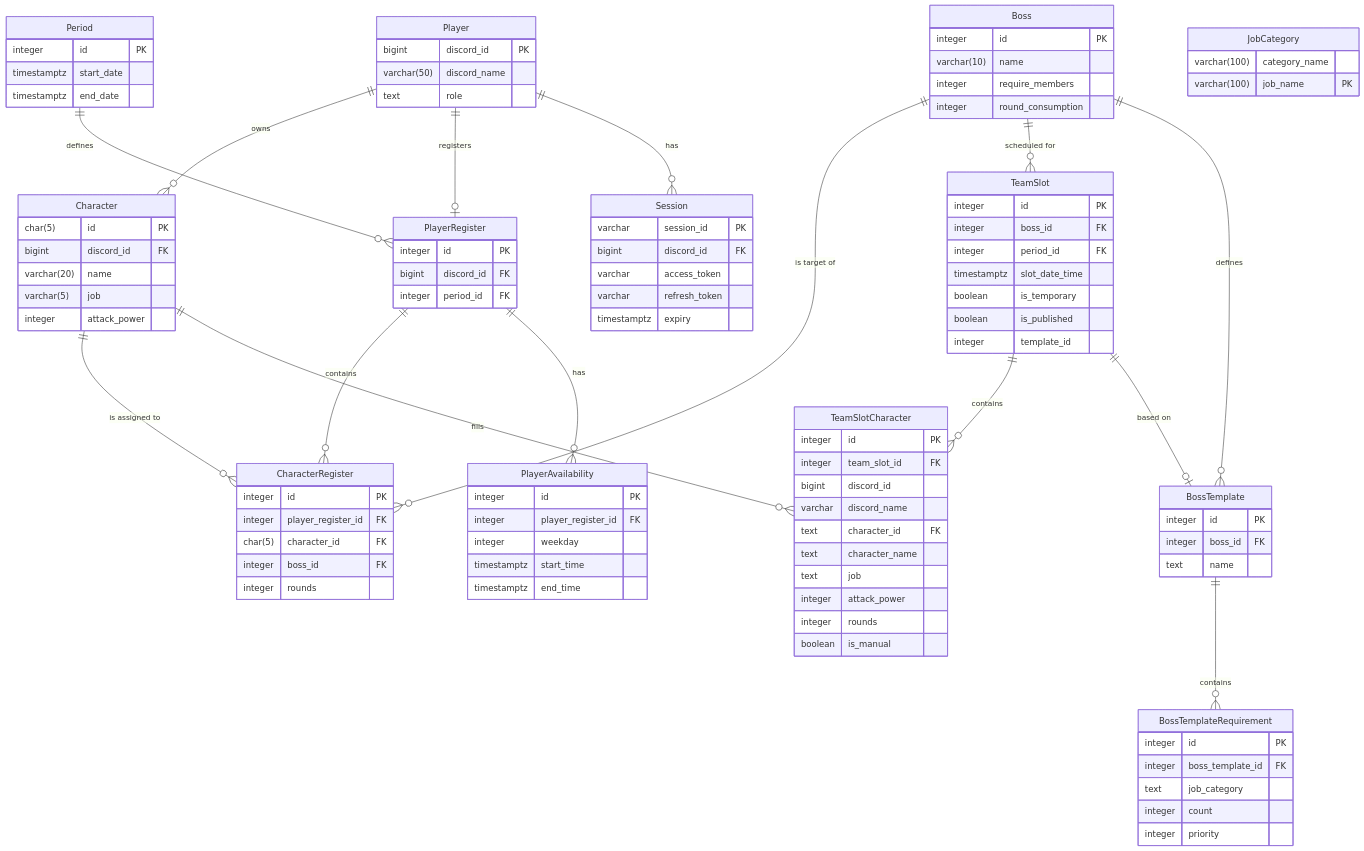
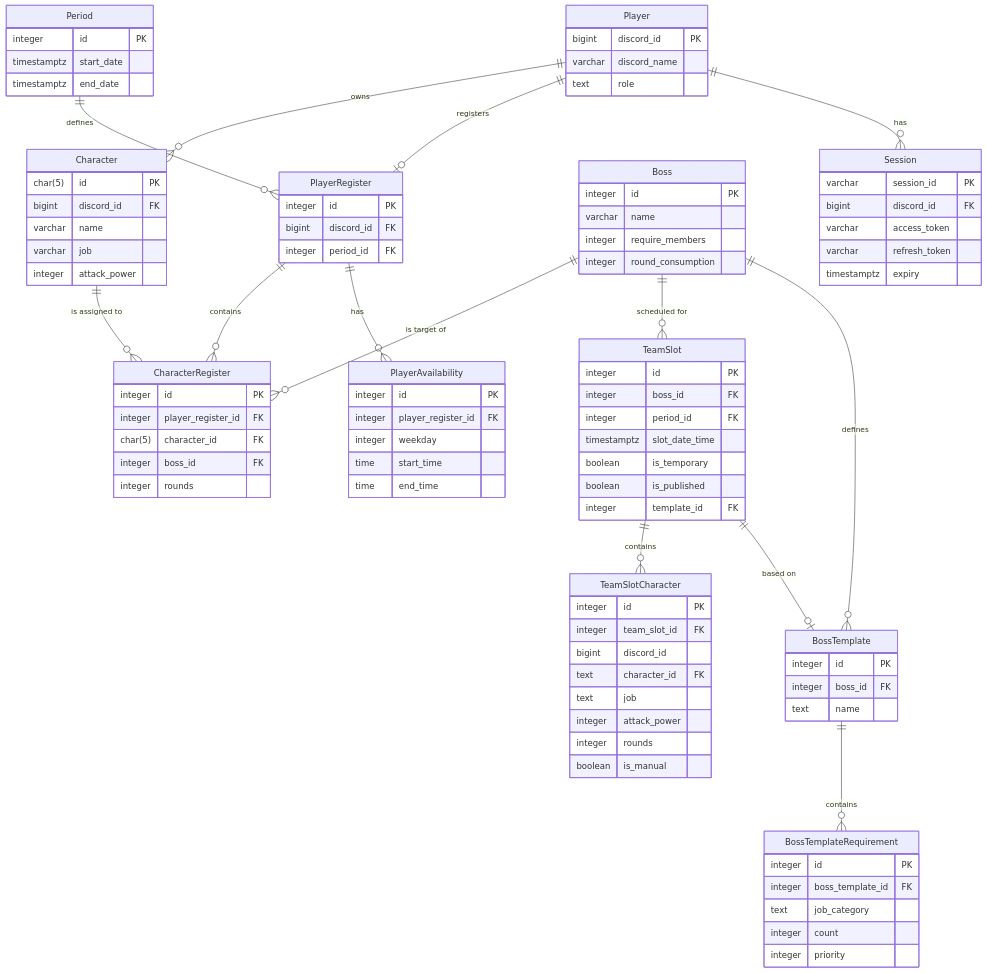
The fourth of 5 diagrams in docs/architecture.md (MinMiss5678/MapleStoryRaidScheduler), drawn with Mermaid before and after one commit. The commit also changed other lines of this file and 1 other file, not shown here.

Commit message:
文件:更新readme和architecture

````diff
--- a/docs/architecture.md
+++ b/docs/architecture.md
@@ -153,7 +231,6 @@
     Character ||--o{ CharacterRegister : "is assigned to"
     Boss ||--o{ TeamSlot : "scheduled for"
     TeamSlot ||--o{ TeamSlotCharacter : "contains"
-    Character ||--o{ TeamSlotCharacter : "fills"
     Player ||--o{ Session : "has"
     Boss ||--o{ BossTemplate : "defines"
     BossTemplate ||--o{ BossTemplateRequirement : "contains"
@@ -161,19 +238,19 @@
 
     Player {
         bigint discord_id PK
-        varchar(50) discord_name
+        varchar discord_name
         text role
     }
     Character {
         char(5) id PK
         bigint discord_id FK
-        varchar(20) name
-        varchar(5) job
+        varchar name
+        varchar job
         integer attack_power
     }
     Boss {
         integer id PK
-        varchar(10) name
+        varchar name
         integer require_members
         integer round_consumption
     }
@@ -191,8 +268,8 @@
         integer id PK
         integer player_register_id FK
         integer weekday
-        timestamptz start_time
-        timestamptz end_time
+        time start_time
+        time end_time
     }
     CharacterRegister {
         integer id PK
@@ -208,15 +285,13 @@
         timestamptz slot_date_time
         boolean is_temporary
         boolean is_published
-        integer template_id
+        integer template_id FK
     }
     TeamSlotCharacter {
         integer id PK
         integer team_slot_id FK
         bigint discord_id
-        varchar discord_name
         text character_id FK
-        text character_name
         text job
         integer attack_power
         integer rounds
@@ -241,8 +316,4 @@
         integer count
         integer priority
     }
-    JobCategory {
-        varchar(100) category_name
-        varchar(100) job_name PK
-    }
 ```
````
